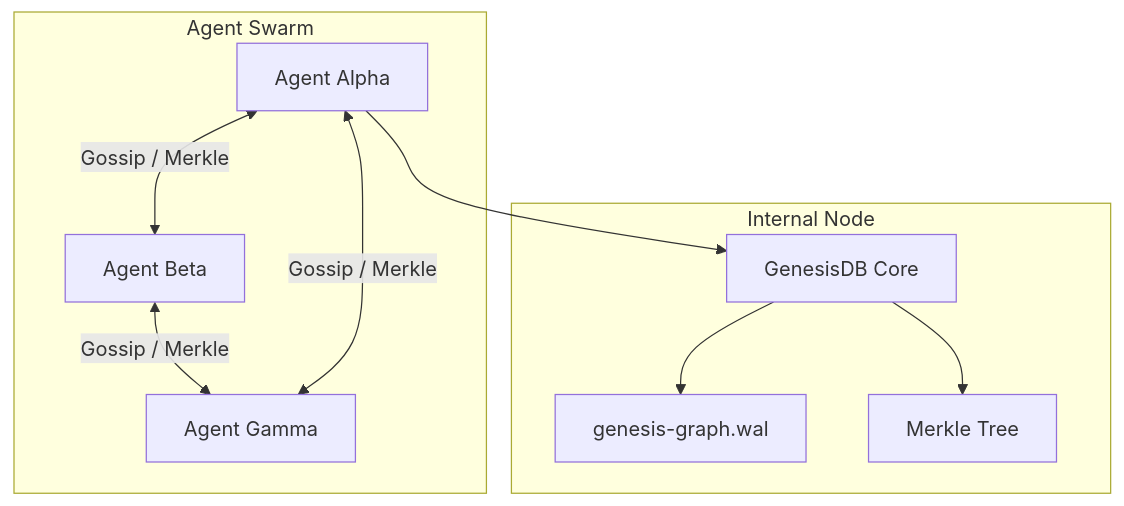
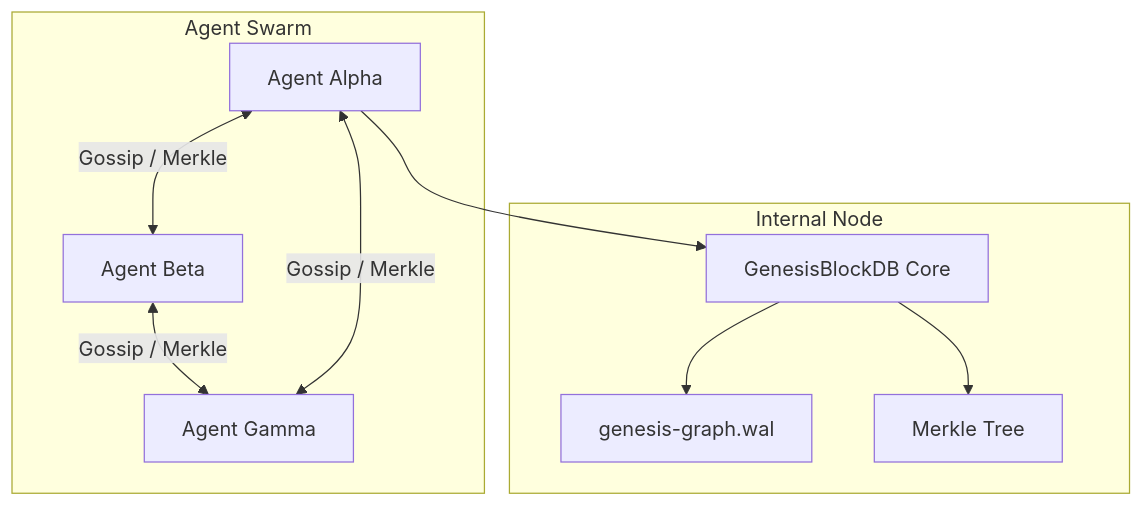
One commit to Freshair129/GenesisBlock changed the first of 2 diagrams in docs/SPEC--P2P-GOSSIP-PROTOCOL.md. Above: the diagram before and after it, drawn with Mermaid. The commit also changed other lines of this file and 82 other files, not shown here.

First line of the commit message:
docs: rename GenesisDB -> GenesisBlockDB across repo

````diff
--- a/docs/SPEC--P2P-GOSSIP-PROTOCOL.md
+++ b/docs/SPEC--P2P-GOSSIP-PROTOCOL.md
@@ -25,14 +25,14 @@
 ```mermaid
 graph TD
     subgraph "Agent Swarm"
         A[Agent Alpha] <-->|Gossip / Merkle| B[Agent Beta]
         B <-->|Gossip / Merkle| C[Agent Gamma]
         C <-->|Gossip / Merkle| A
     end
     
     subgraph "Internal Node"
-        A --> DB[GenesisDB Core]
+        A --> DB[GenesisBlockDB Core]
         DB --> WAL[genesis-graph.wal]
         DB --> Merkle[Merkle Tree]
     end
 ```
````
